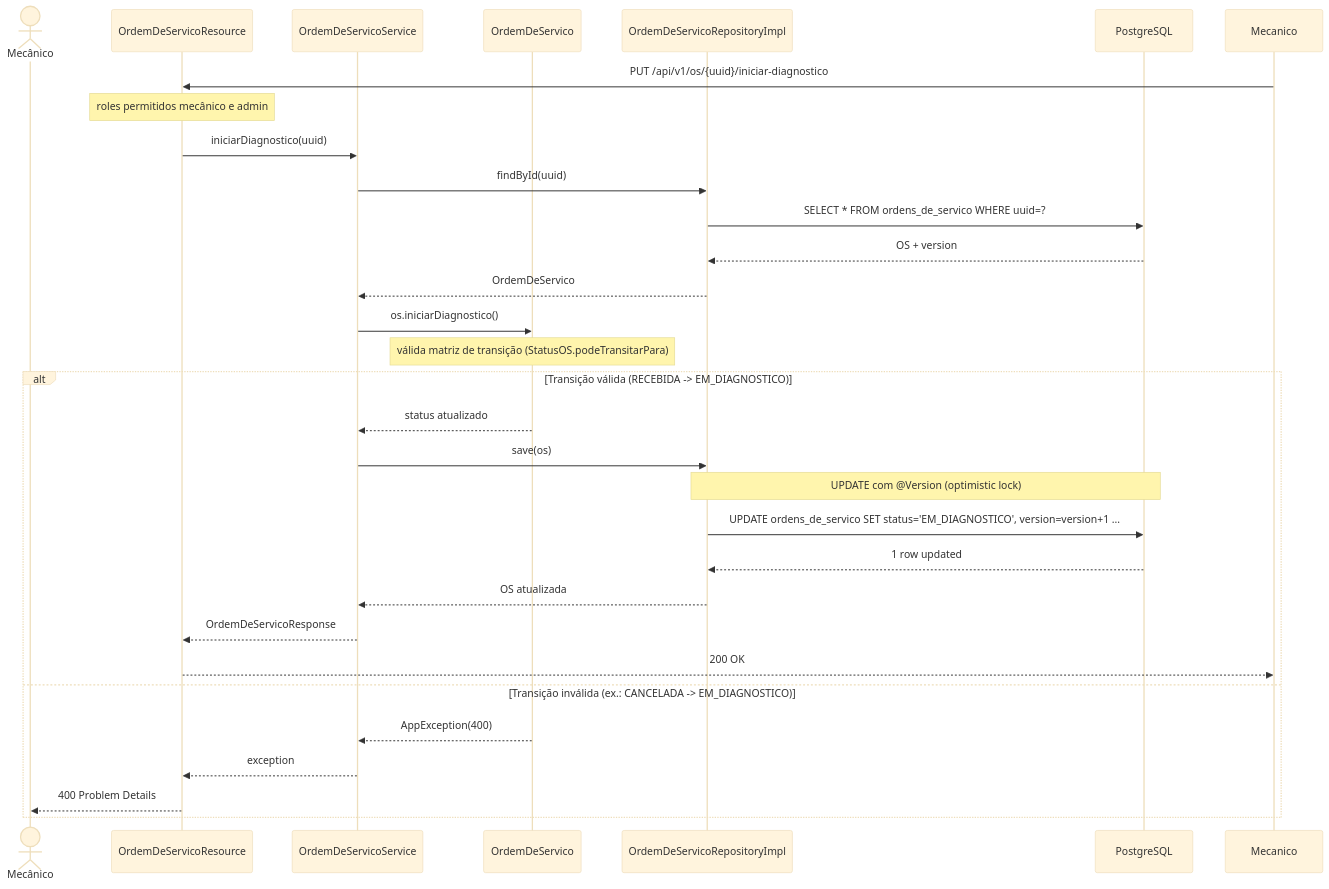
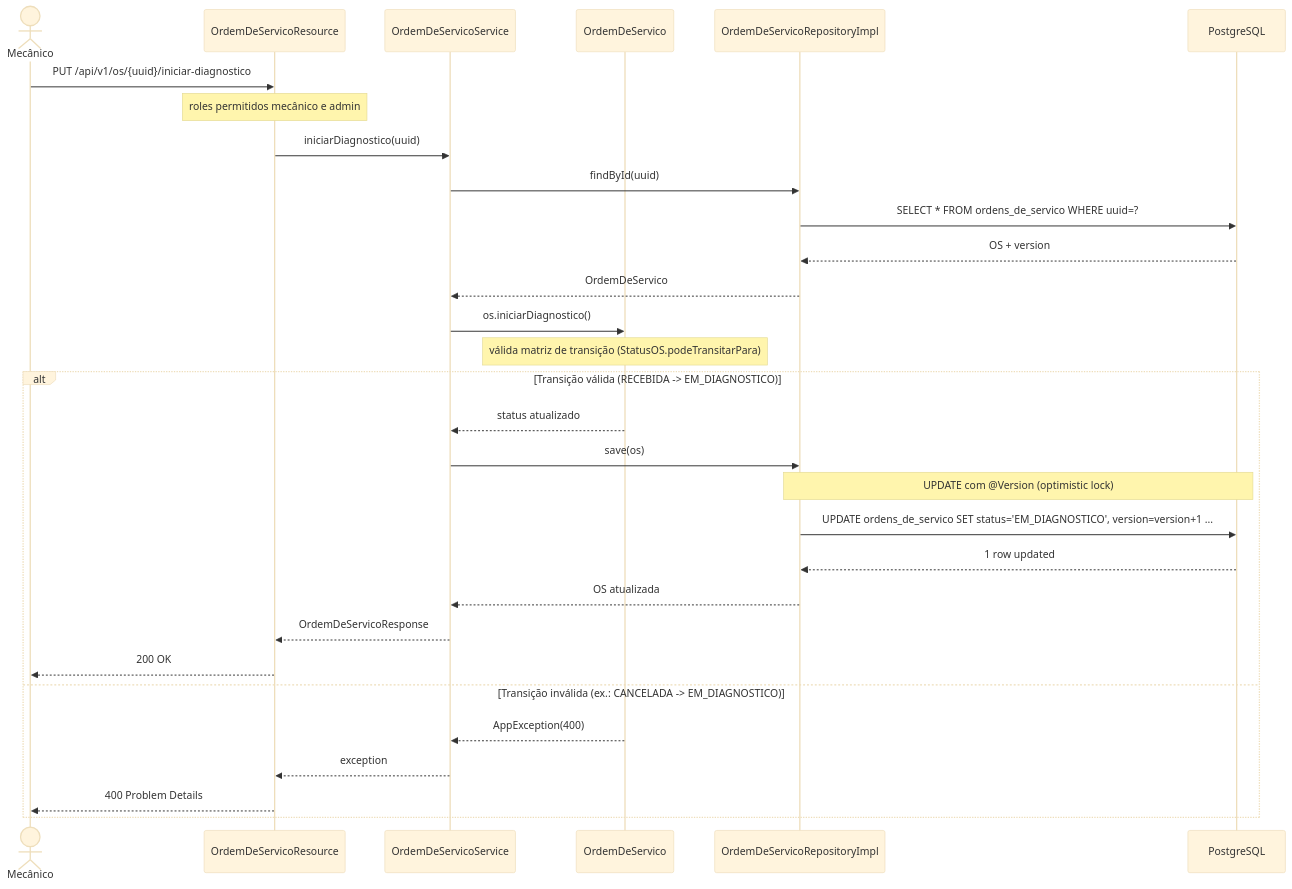
One commit to FIAP-SOFTWARE-ARCHITECTURE-TEAM/Mekano-API changed the diagram in docs/sequence-diagrams/iniciar-diagnostico.md. Above: the diagram before and after it, drawn with Mermaid (base theme).

Commit message:
docs: ajusta ocorrências restantes de 'Mecânico' no diagrama

````diff
--- a/docs/sequence-diagrams/iniciar-diagnostico.md
+++ b/docs/sequence-diagrams/iniciar-diagnostico.md
@@ -5,36 +5,36 @@
 ```mermaid
 sequenceDiagram
     actor Mecânico
     participant API as OrdemDeServicoResource
     participant App as OrdemDeServicoService
     participant Domain as OrdemDeServico
     participant Repo as OrdemDeServicoRepositoryImpl
     participant DB as PostgreSQL
 
-    Mecanico->>API: PUT /api/v1/os/{uuid}/iniciar-diagnostico
+    Mecânico->>API: PUT /api/v1/os/{uuid}/iniciar-diagnostico
     Note over API: roles permitidos mecânico e admin
 
     API->>App: iniciarDiagnostico(uuid)
     App->>Repo: findById(uuid)
     Repo->>DB: SELECT * FROM ordens_de_servico WHERE uuid=?
     DB-->>Repo: OS + version
     Repo-->>App: OrdemDeServico
 
     App->>Domain: os.iniciarDiagnostico()
     Note over Domain: válida matriz de transição (StatusOS.podeTransitarPara)
 
     alt Transição válida (RECEBIDA -> EM_DIAGNOSTICO)
         Domain-->>App: status atualizado
         App->>Repo: save(os)
         Note over Repo,DB: UPDATE com @Version (optimistic lock)
         Repo->>DB: UPDATE ordens_de_servico SET status='EM_DIAGNOSTICO', version=version+1 ...
         DB-->>Repo: 1 row updated
         Repo-->>App: OS atualizada
         App-->>API: OrdemDeServicoResponse
-        API-->>Mecanico: 200 OK
+        API-->>Mecânico: 200 OK
     else Transição inválida (ex.: CANCELADA -> EM_DIAGNOSTICO)
         Domain-->>App: AppException(400)
         App-->>API: exception
         API-->>Mecânico: 400 Problem Details
     end
 ```
````
